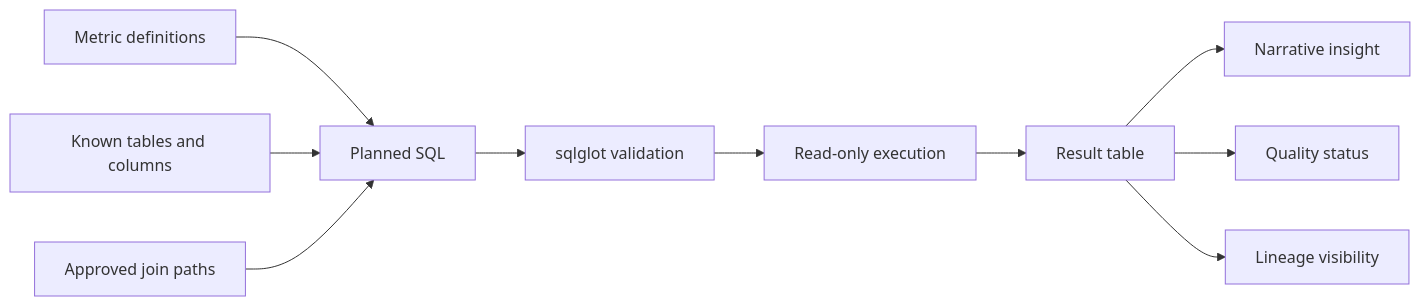
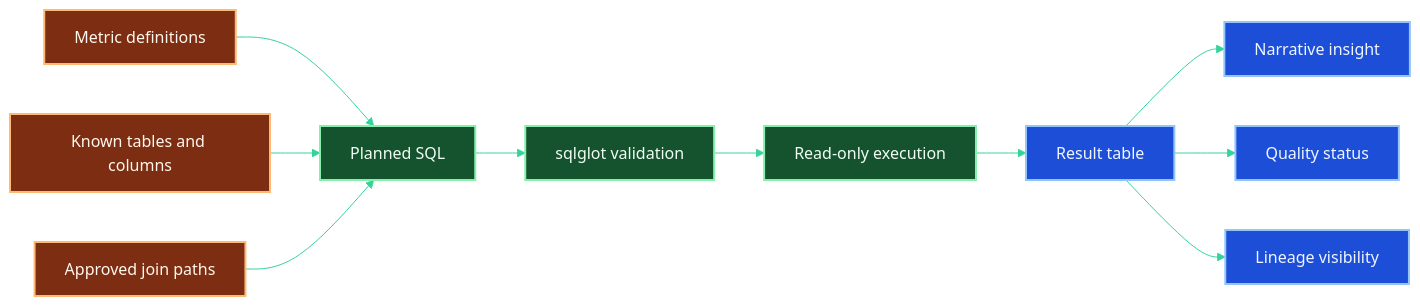
The third of 3 diagrams in README.md (PSR94/helios), drawn with Mermaid before and after one commit. The commit also changed other lines of this file, not shown here.

Commit message:
docs: refine README diagrams with styled architecture and flow visuals

````diff
--- a/README.md
+++ b/README.md
@@ -125,12 +173,31 @@
 ```mermaid
+%%{init: {'theme':'base','themeVariables':{
+  'background':'#0b1020',
+  'primaryColor':'#13203a',
+  'primaryTextColor':'#e5eefc',
+  'primaryBorderColor':'#60a5fa',
+  'lineColor':'#34d399',
+  'secondaryColor':'#0f1b33',
+  'secondaryTextColor':'#dbeafe',
+  'tertiaryColor':'#0b1328',
+  'tertiaryTextColor':'#c7d2fe'
+}}}%%
 graph LR
     Metric["Metric definitions"] --> Plan["Planned SQL"]
     Schema["Known tables and columns"] --> Plan
     Joins["Approved join paths"] --> Plan
     Plan --> AST["sqlglot validation"]
     AST --> Safe["Read-only execution"]
     Safe --> Result["Result table"]
     Result --> Narrative["Narrative insight"]
     Result --> Quality["Quality status"]
     Result --> Lineage["Lineage visibility"]
+
+    classDef governance fill:#7c2d12,stroke:#fdba74,color:#fff7ed,stroke-width:2px;
+    classDef safety fill:#14532d,stroke:#86efac,color:#f0fdf4,stroke-width:2px;
+    classDef output fill:#1d4ed8,stroke:#93c5fd,color:#eff6ff,stroke-width:2px;
+
+    class Metric,Schema,Joins governance;
+    class Plan,AST,Safe safety;
+    class Result,Narrative,Quality,Lineage output;
 ```
````
